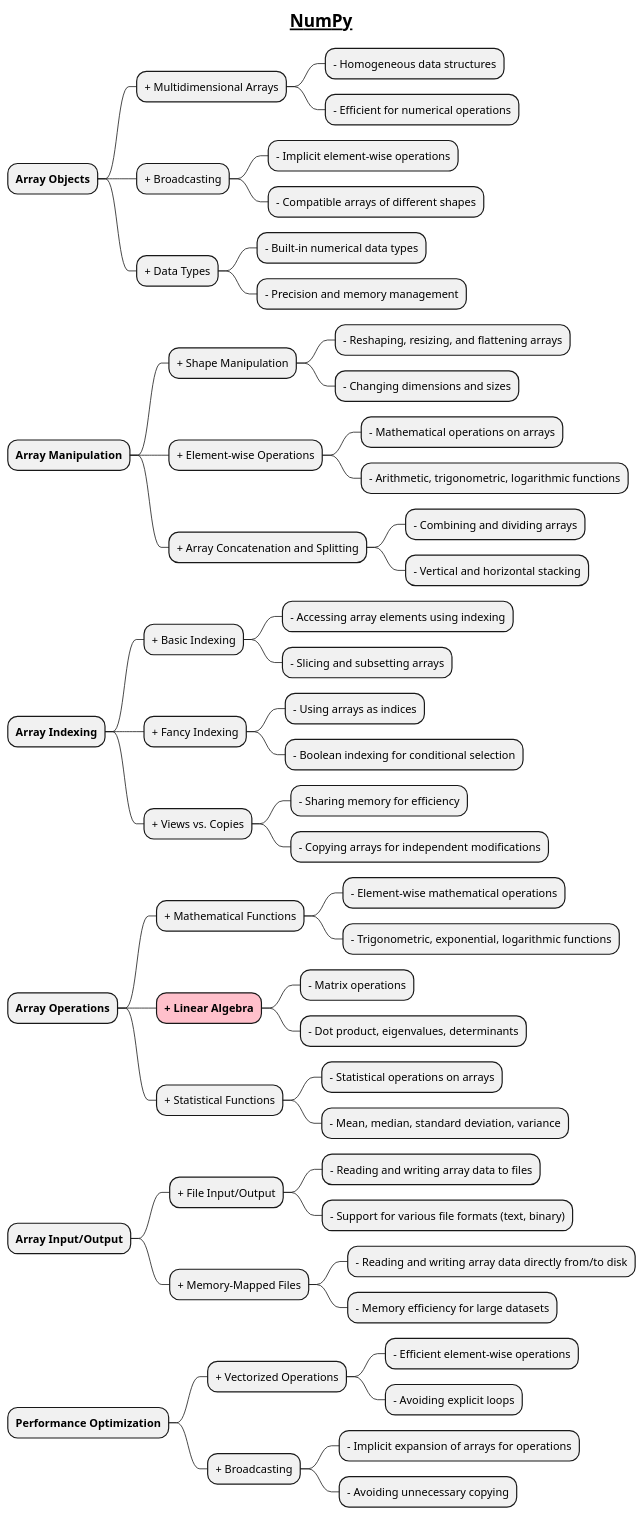
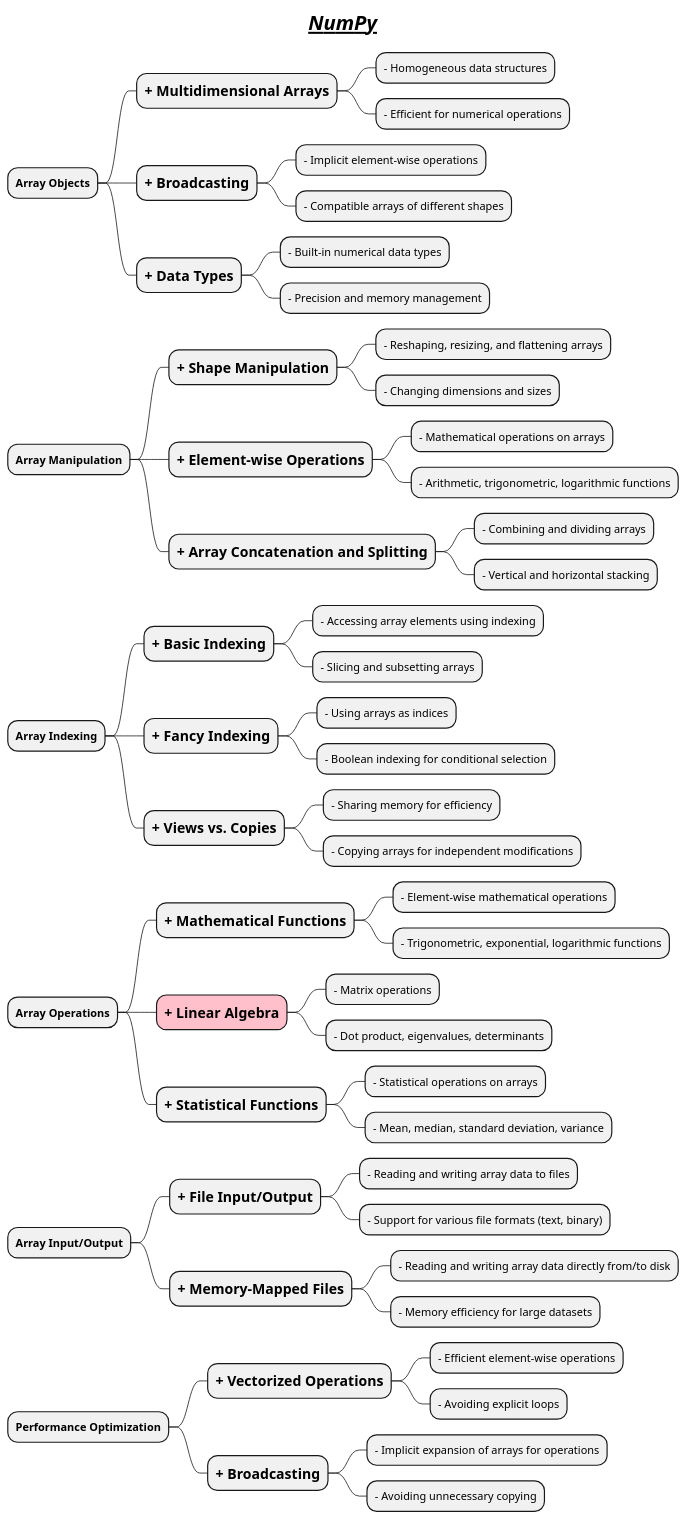
One commit to MehmoodHashmi/Documentation-as-Code-DaC changed the diagram in docs/AI-ML- DL-Data-Science-and-BigData/data-science-with-python/1-data-manipulation-libraries/2-NumPy.puml. Above: the diagram before and after it, drawn with PlantUML. The commit also changed 1 other file, not shown here.

```diff
--- a/docs/AI-ML- DL-Data-Science-and-BigData/data-science-with-python/1-data-manipulation-libraries/2-NumPy.puml
+++ b/docs/AI-ML- DL-Data-Science-and-BigData/data-science-with-python/1-data-manipulation-libraries/2-NumPy.puml
@@ -1,65 +1,65 @@
 @startmindmap
 
-title =__ NumPy __
+title =//__ NumPy __//
 
 * **Array Objects**
-** + Multidimensional Arrays
+** =+ Multidimensional Arrays
 *** - Homogeneous data structures
 *** - Efficient for numerical operations
-** + Broadcasting
+** =+ Broadcasting
 *** - Implicit element-wise operations
 *** - Compatible arrays of different shapes
-** + Data Types
+** =+ Data Types
 *** - Built-in numerical data types
 *** - Precision and memory management
 
 * **Array Manipulation**
-** + Shape Manipulation
+** =+ Shape Manipulation
 *** - Reshaping, resizing, and flattening arrays
 *** - Changing dimensions and sizes
-** + Element-wise Operations
+** =+ Element-wise Operations
 *** - Mathematical operations on arrays
 *** - Arithmetic, trigonometric, logarithmic functions
-** + Array Concatenation and Splitting
+** =+ Array Concatenation and Splitting
 *** - Combining and dividing arrays
 *** - Vertical and horizontal stacking
 
 * **Array Indexing**
-** + Basic Indexing
+** =+ Basic Indexing
 *** - Accessing array elements using indexing
 *** - Slicing and subsetting arrays
-** + Fancy Indexing
+** =+ Fancy Indexing
 *** - Using arrays as indices
 *** - Boolean indexing for conditional selection
-** + Views vs. Copies
+** =+ Views vs. Copies
 *** - Sharing memory for efficiency
 *** - Copying arrays for independent modifications
 
 * **Array Operations**
-** + Mathematical Functions
+** =+ Mathematical Functions
 *** - Element-wise mathematical operations
 *** - Trigonometric, exponential, logarithmic functions
-**[#pink] **+ Linear Algebra**
+**[#pink] =+ Linear Algebra
 *** - Matrix operations
 *** - Dot product, eigenvalues, determinants
-** + Statistical Functions
+** =+ Statistical Functions
 *** - Statistical operations on arrays
 *** - Mean, median, standard deviation, variance
 
 * **Array Input/Output**
-** + File Input/Output
+** =+ File Input/Output
 *** - Reading and writing array data to files
 *** - Support for various file formats (text, binary)
-** + Memory-Mapped Files
+** =+ Memory-Mapped Files
 *** - Reading and writing array data directly from/to disk
 *** - Memory efficiency for large datasets
 
 * **Performance Optimization**
-** + Vectorized Operations
+** =+ Vectorized Operations
 *** - Efficient element-wise operations
 *** - Avoiding explicit loops
-** + Broadcasting
+** =+ Broadcasting
 *** - Implicit expansion of arrays for operations
 *** - Avoiding unnecessary copying
 
 @endmindmap
```
